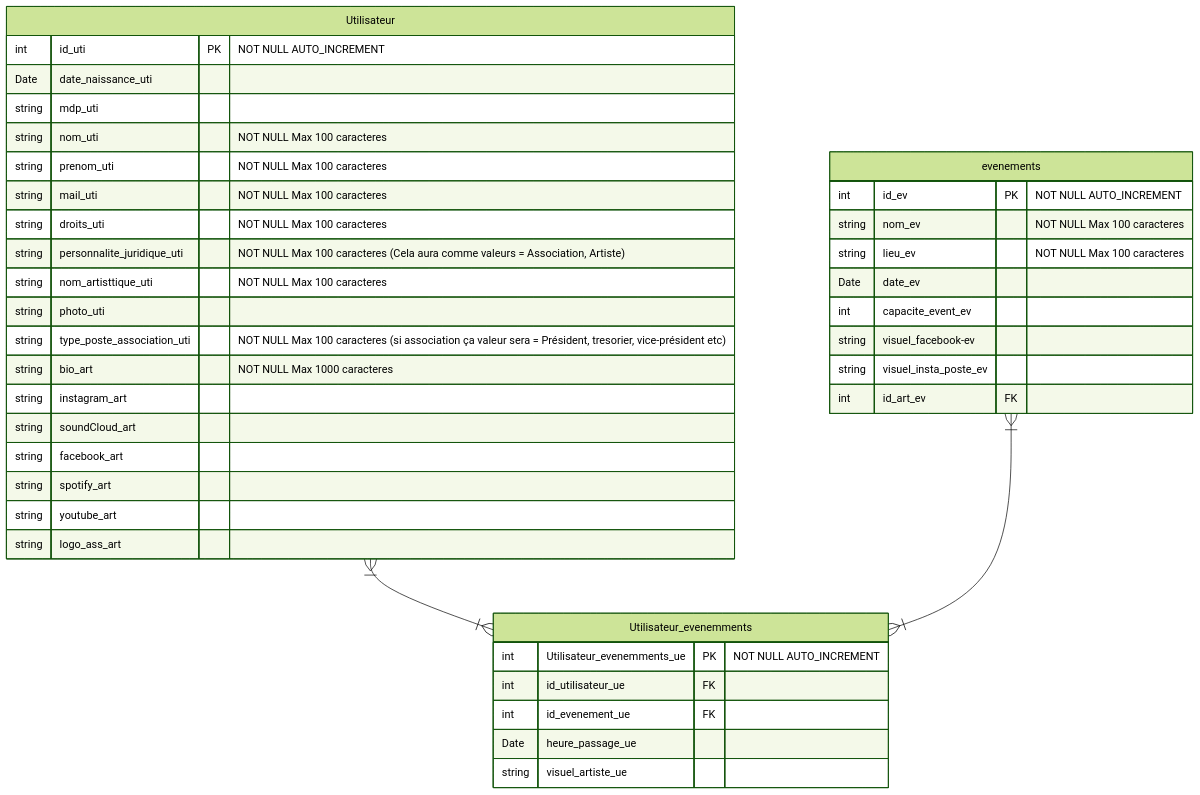
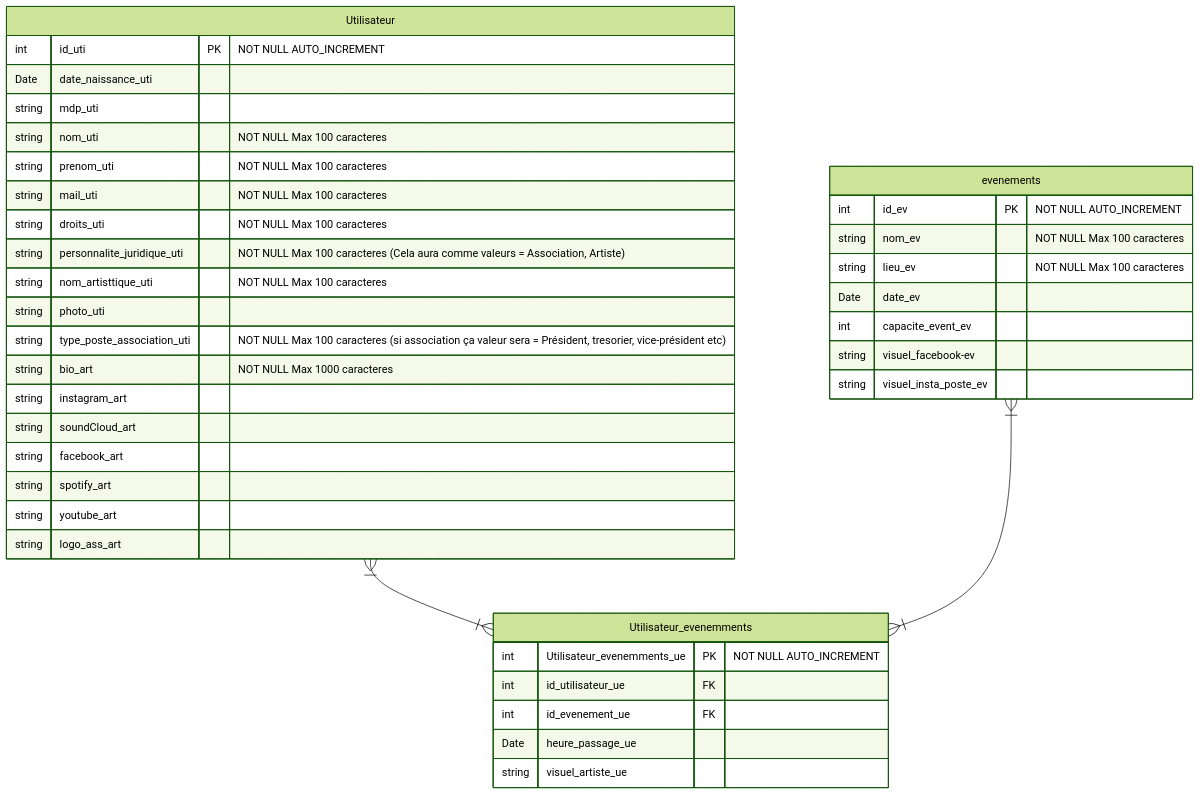
One commit to jmartinezsusunaga/tulutzBDD changed the first of 2 diagrams in test.md. Above: the diagram before and after it, drawn with Mermaid (forest theme).

````diff
--- a/test.md
+++ b/test.md
@@ -4,50 +4,49 @@
 ```mermaid
 erDiagram
     
     Utilisateur }|--|{ Utilisateur_evenemments : ""
     evenements }|--|{ Utilisateur_evenemments : ""
 
  
     Utilisateur {
         int id_uti PK "NOT NULL AUTO_INCREMENT"
         Date date_naissance_uti
         string mdp_uti
         string nom_uti "NOT NULL Max 100 caracteres"
         string prenom_uti "NOT NULL Max 100 caracteres"
         string mail_uti "NOT NULL Max 100 caracteres"
         string droits_uti "NOT NULL Max 100 caracteres"
         string personnalite_juridique_uti "NOT NULL Max 100 caracteres (Cela aura comme valeurs = Association, Artiste)"
         string nom_artisttique_uti "NOT NULL Max 100 caracteres"
         string photo_uti 
         string type_poste_association_uti "NOT NULL Max 100 caracteres (si association ça valeur sera = Président, tresorier, vice-président etc)"
         string bio_art "NOT NULL Max 1000 caracteres"
         string instagram_art
         string soundCloud_art
         string facebook_art
         string spotify_art
         string youtube_art
         string logo_ass_art
     }
 
     Utilisateur_evenemments {
         int Utilisateur_evenemments_ue PK "NOT NULL AUTO_INCREMENT"
         int id_utilisateur_ue FK
         int id_evenement_ue FK
         Date heure_passage_ue
         string visuel_artiste_ue
     }
 
   
     evenements {
         int id_ev PK "NOT NULL AUTO_INCREMENT"
         string nom_ev "NOT NULL Max 100 caracteres"
         string lieu_ev "NOT NULL Max 100 caracteres"
         Date date_ev
         int capacite_event_ev
         string visuel_facebook-ev
         string visuel_insta_poste_ev
-        int id_art_ev FK
     }
 
 
 ```
````
